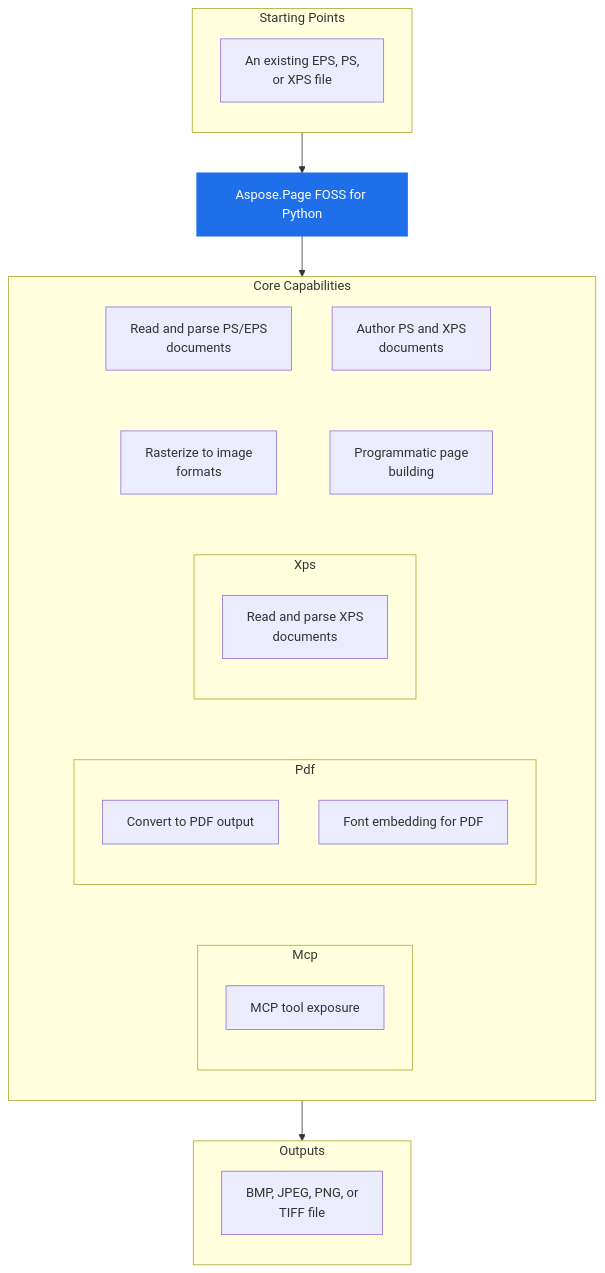
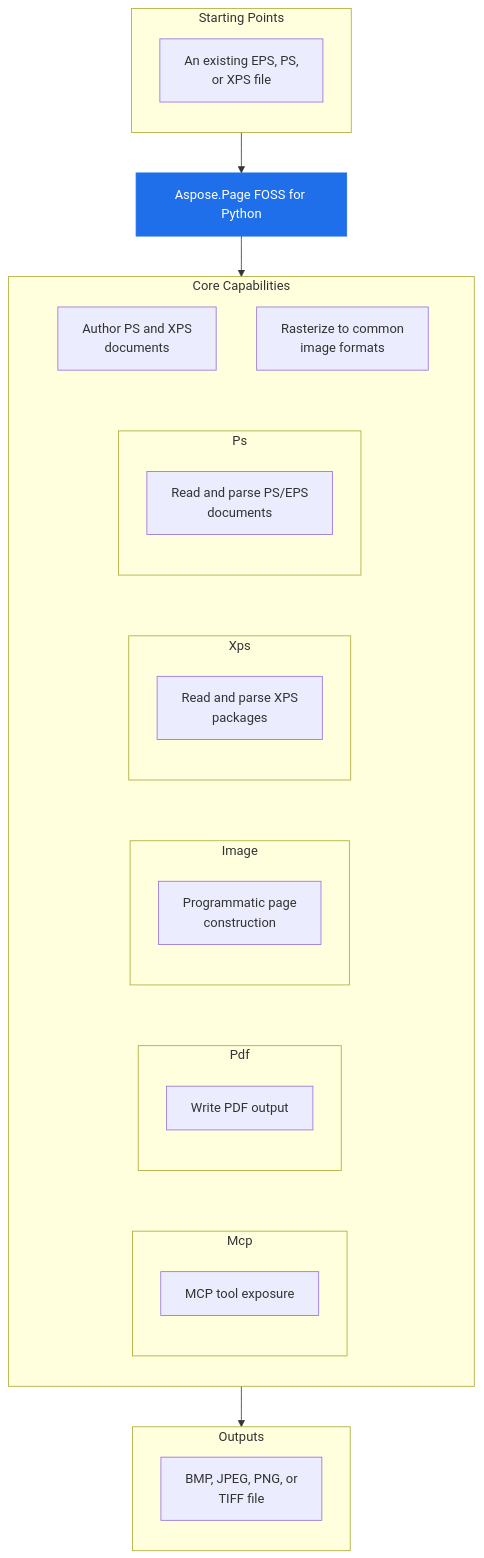
The diagram in 43cef367cd0b2cf00cc03064ca9d29d1ff507967/README.md (babar-raza/repo-presenter), drawn with Mermaid before and after one commit. The commit also changed other lines of this file and 11 other files, not shown here.

````diff
--- a/43cef367cd0b2cf00cc03064ca9d29d1ff507967/README.md
+++ b/43cef367cd0b2cf00cc03064ca9d29d1ff507967/README.md
@@ -25,41 +25,46 @@
 ```mermaid
 flowchart TB
   subgraph StartingPoints["Starting Points"]
     direction TB
     i1["An existing EPS, PS,<br/>or XPS file"]
   end
   PRODUCT["Aspose.Page FOSS for Python"]
   subgraph Capabilities["Core Capabilities"]
     direction TB
-    c1["Read and parse PS/EPS<br/>documents"]
     c3["Author PS and XPS<br/>documents"]
-    c5["Rasterize to image<br/>formats"]
-    c7["Programmatic page<br/>building"]
-    c1 ~~~ c5
-    c3 ~~~ c7
-    subgraph cg1["Xps"]
+    c6["Rasterize to common<br/>image formats"]
+    subgraph cg1["Ps"]
       direction TB
-      c2["Read and parse XPS<br/>documents"]
+      c1["Read and parse PS/EPS<br/>documents"]
     end
-    subgraph cg2["Pdf"]
+    subgraph cg2["Xps"]
       direction TB
-      c4["Convert to PDF output"]
-      c8["Font embedding for PDF"]
+      c2["Read and parse XPS<br/>packages"]
     end
-    subgraph cg3["Mcp"]
+    subgraph cg3["Image"]
       direction TB
-      c6["MCP tool exposure"]
+      c4["Programmatic page<br/>construction"]
     end
-    c5 ~~~ cg1
-    c7 ~~~ cg1
+    subgraph cg4["Pdf"]
+      direction TB
+      c5["Write PDF output"]
+    end
+    subgraph cg5["Mcp"]
+      direction TB
+      c7["MCP tool exposure"]
+    end
+    c3 ~~~ cg1
+    c6 ~~~ cg1
     cg1 ~~~ cg2
     cg2 ~~~ cg3
+    cg3 ~~~ cg4
+    cg4 ~~~ cg5
   end
   subgraph Outputs["Outputs"]
     direction TB
     o1["BMP, JPEG, PNG, or<br/>TIFF file"]
   end
   StartingPoints --> PRODUCT --> Capabilities --> Outputs
   classDef product fill:#1f6feb,stroke:#1f6feb,color:#ffffff
   class PRODUCT product
 ```
````
